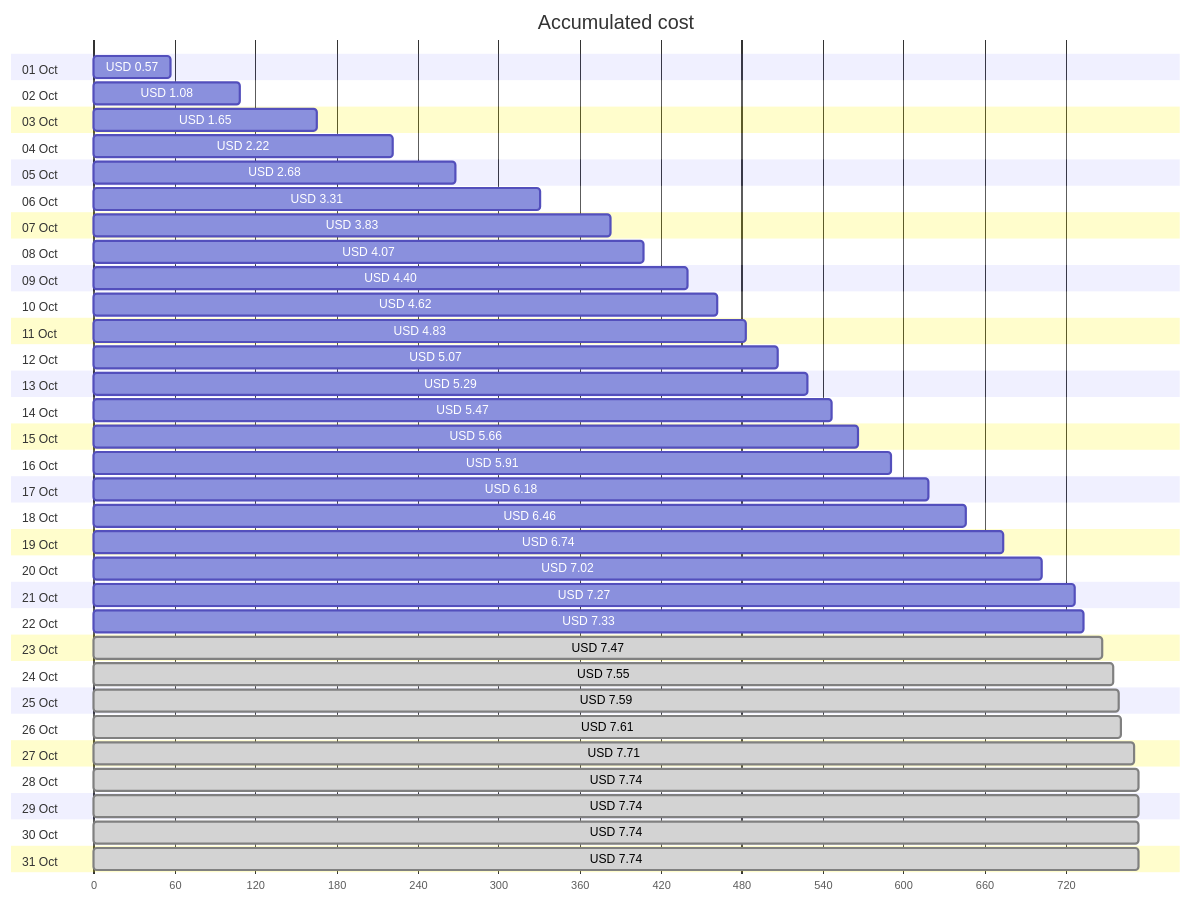
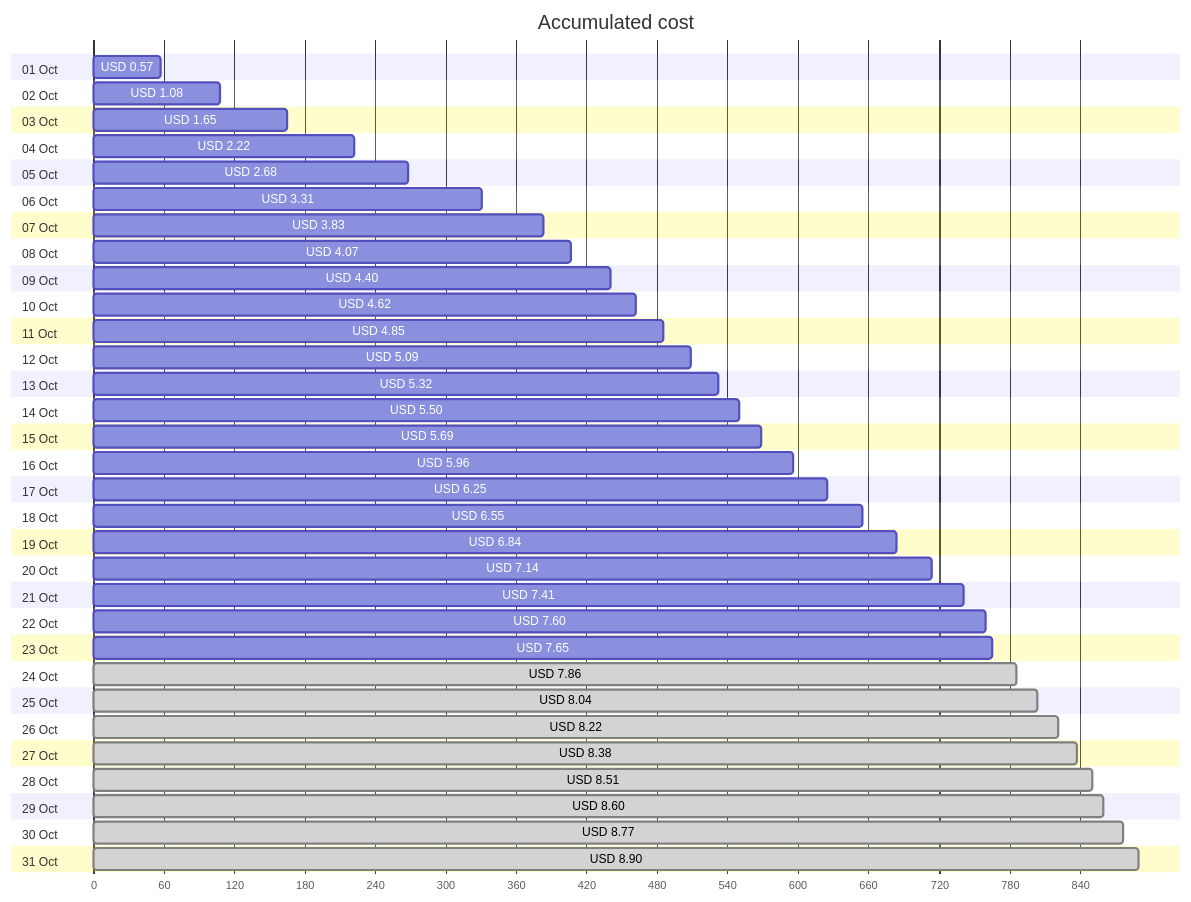
One commit to jpfulton/azure-personal-reports changed the first of 4 diagrams in cost-reports/personal-network/vpn-server.md. Above: the diagram before and after it, drawn with Mermaid. The commit also changed other lines of this file and 8 other files, not shown here.

````diff
--- a/cost-reports/personal-network/vpn-server.md
+++ b/cost-reports/personal-network/vpn-server.md
@@ -20,68 +20,68 @@
 ```mermaid
 gantt
    title Accumulated cost
    dateFormat  X
    axisFormat %s
    section 01 Oct
    USD 0.57 :0, 57
    section 02 Oct
    USD 1.08 :0, 108
    section 03 Oct
    USD 1.65 :0, 165
    section 04 Oct
    USD 2.22 :0, 222
    section 05 Oct
    USD 2.68 :0, 268
    section 06 Oct
    USD 3.31 :0, 331
    section 07 Oct
    USD 3.83 :0, 383
    section 08 Oct
    USD 4.07 :0, 407
    section 09 Oct
    USD 4.40 :0, 440
    section 10 Oct
    USD 4.62 :0, 462
    section 11 Oct
-   USD 4.83 :0, 483
+   USD 4.85 :0, 485
    section 12 Oct
-   USD 5.07 :0, 507
+   USD 5.09 :0, 509
    section 13 Oct
-   USD 5.29 :0, 529
+   USD 5.32 :0, 532
    section 14 Oct
-   USD 5.47 :0, 547
+   USD 5.50 :0, 550
    section 15 Oct
-   USD 5.66 :0, 566
+   USD 5.69 :0, 569
    section 16 Oct
-   USD 5.91 :0, 591
+   USD 5.96 :0, 596
    section 17 Oct
-   USD 6.18 :0, 618
+   USD 6.25 :0, 625
    section 18 Oct
-   USD 6.46 :0, 646
+   USD 6.55 :0, 655
    section 19 Oct
-   USD 6.74 :0, 674
+   USD 6.84 :0, 684
    section 20 Oct
-   USD 7.02 :0, 702
+   USD 7.14 :0, 714
    section 21 Oct
-   USD 7.27 :0, 727
+   USD 7.41 :0, 741
    section 22 Oct
-   USD 7.33 :0, 733
+   USD 7.60 :0, 760
    section 23 Oct
-   USD 7.47 : done, 0, 747
+   USD 7.65 :0, 765
    section 24 Oct
-   USD 7.55 : done, 0, 755
+   USD 7.86 : done, 0, 786
    section 25 Oct
-   USD 7.59 : done, 0, 759
+   USD 8.04 : done, 0, 804
    section 26 Oct
-   USD 7.61 : done, 0, 761
+   USD 8.22 : done, 0, 822
    section 27 Oct
-   USD 7.71 : done, 0, 771
+   USD 8.38 : done, 0, 838
    section 28 Oct
-   USD 7.74 : done, 0, 774
+   USD 8.51 : done, 0, 851
    section 29 Oct
-   USD 7.74 : done, 0, 774
+   USD 8.60 : done, 0, 860
    section 30 Oct
-   USD 7.74 : done, 0, 774
+   USD 8.77 : done, 0, 877
    section 31 Oct
-   USD 7.74 : done, 0, 774
+   USD 8.90 : done, 0, 890
 ```
````
